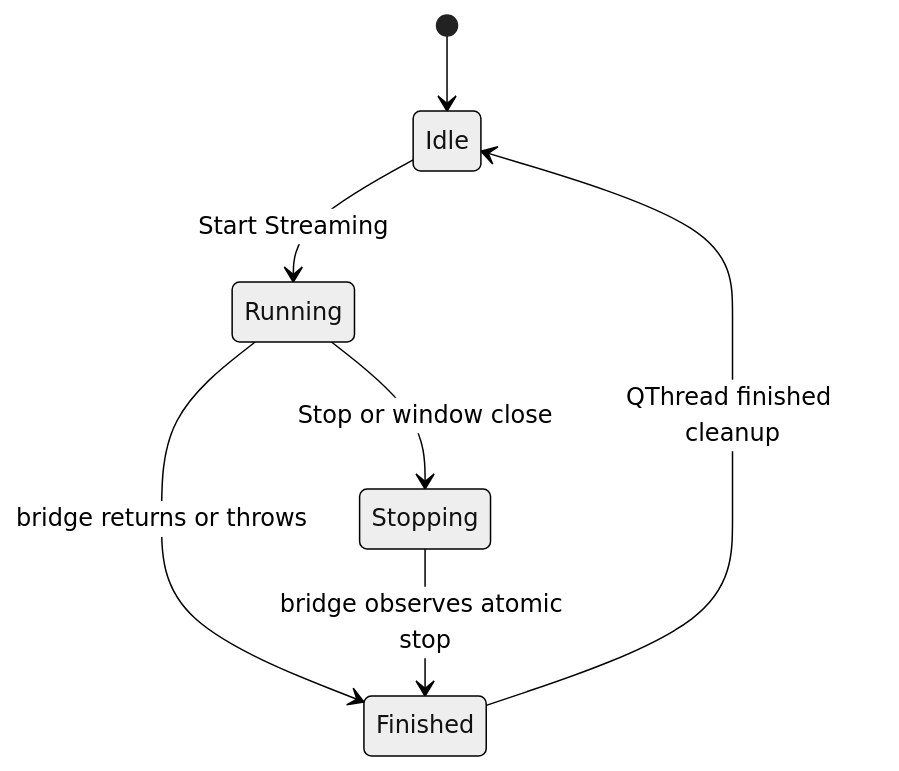
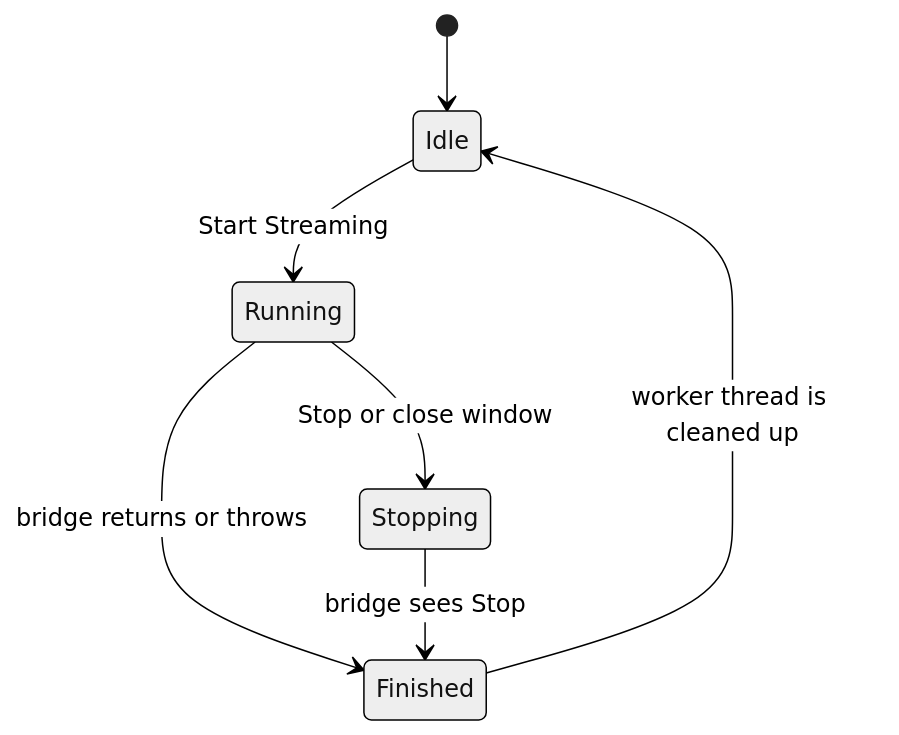
The second of 11 diagrams in docs/runtime-state-machines.md (attackofthetitan/vicon-lsl-sync), drawn with Mermaid (neutral theme) before and after one commit. The commit also changed other lines of this file and 6 other files, not shown here.

````diff
--- a/docs/runtime-state-machines.md
+++ b/docs/runtime-state-machines.md
@@ -125,9 +124,9 @@
 ```mermaid
 stateDiagram-v2
     [*] --> Idle
     Idle --> Running: Start Streaming
-    Running --> Stopping: Stop or window close
+    Running --> Stopping: Stop or close window
     Running --> Finished: bridge returns or throws
-    Stopping --> Finished: bridge observes atomic stop
-    Finished --> Idle: QThread finished cleanup
+    Stopping --> Finished: bridge sees Stop
+    Finished --> Idle: worker thread is cleaned up
 ```
````
